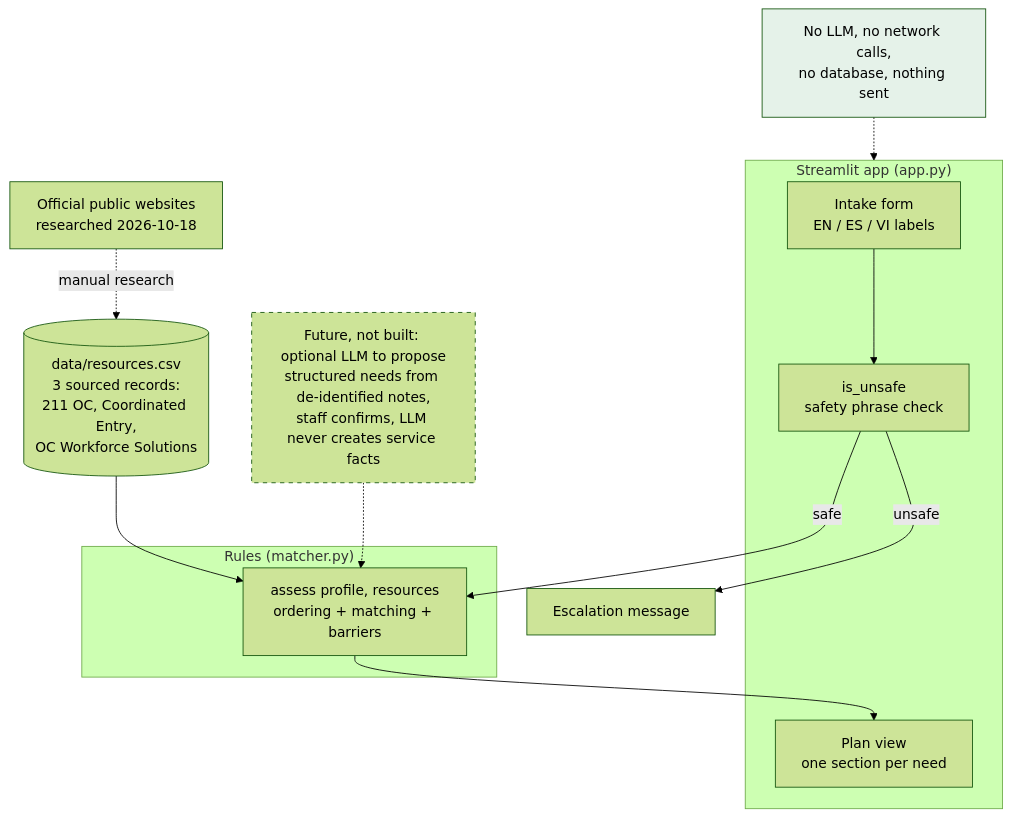
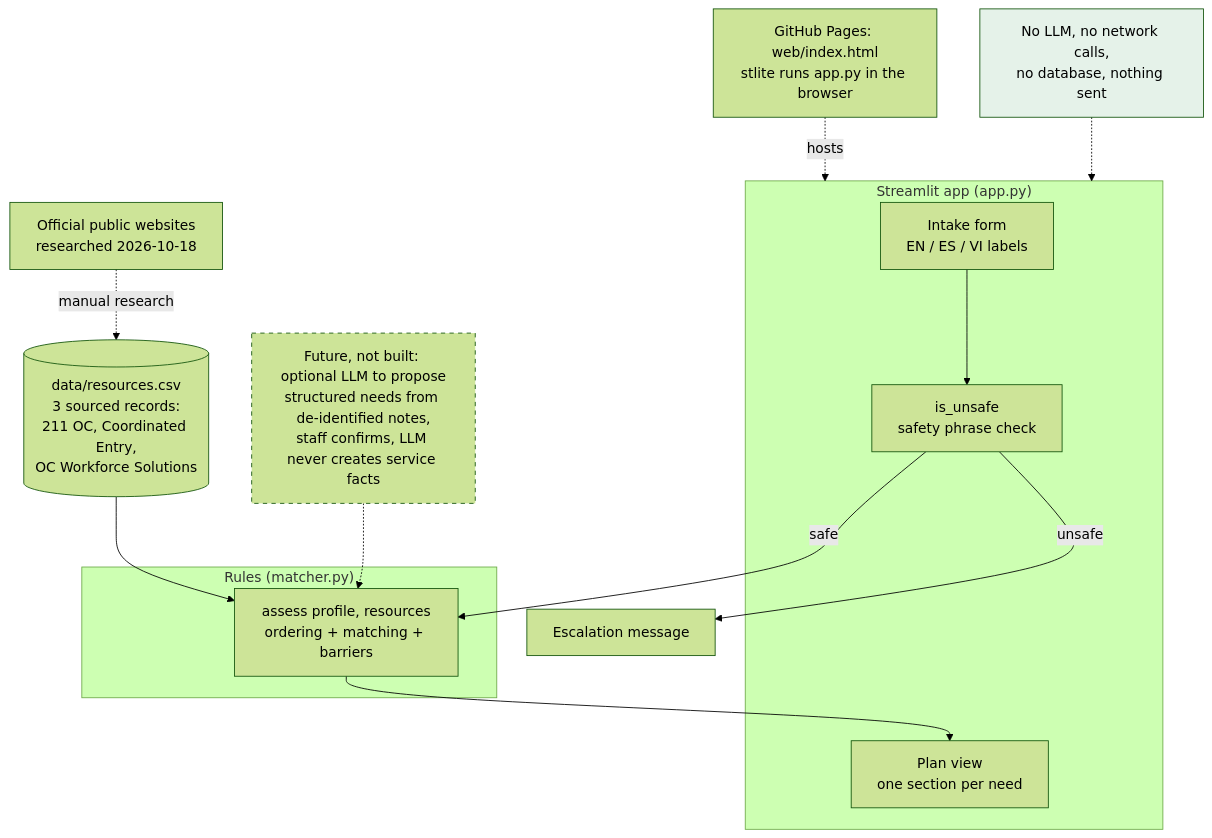
One commit to VibhuA-ai/discharge-resource-navigator changed the second of 2 diagrams in docs/ARCHITECTURE.md. Above: the diagram before and after it, drawn with Mermaid (forest theme). The commit also changed other lines of this file and 3 other files, not shown here.

First line of the commit message:
Add an in-browser demo on GitHub Pages

````diff
--- a/docs/ARCHITECTURE.md
+++ b/docs/ARCHITECTURE.md
@@ -46,21 +46,22 @@
 ```mermaid
 flowchart TB
     subgraph App["Streamlit app (app.py)"]
         FORM[Intake form<br/>EN / ES / VI labels]
         SAFE[is_unsafe<br/>safety phrase check]
         VIEW[Plan view<br/>one section per need]
     end
     subgraph Logic["Rules (matcher.py)"]
         ASSESS[assess profile, resources<br/>ordering + matching + barriers]
     end
     DATA[(data/resources.csv<br/>3 sourced records:<br/>211 OC, Coordinated Entry,<br/>OC Workforce Solutions)]
     SRC[Official public websites<br/>researched 2026-10-18] -.manual research.-> DATA
     FORM --> SAFE
     SAFE -- safe --> ASSESS
     DATA --> ASSESS --> VIEW
     SAFE -- unsafe --> STOP[Escalation message]
+    PAGES[GitHub Pages: web/index.html<br/>stlite runs app.py in the browser] -.hosts.-> App
     NOLLM[No LLM, no network calls,<br/>no database, nothing sent] -.-> App
     FUT[Future, not built: optional LLM to propose<br/>structured needs from de-identified notes,<br/>staff confirms, LLM never creates service facts] -.-> ASSESS
     style FUT stroke-dasharray: 5 5
     style NOLLM fill:#e5f2e9
 ```
````
